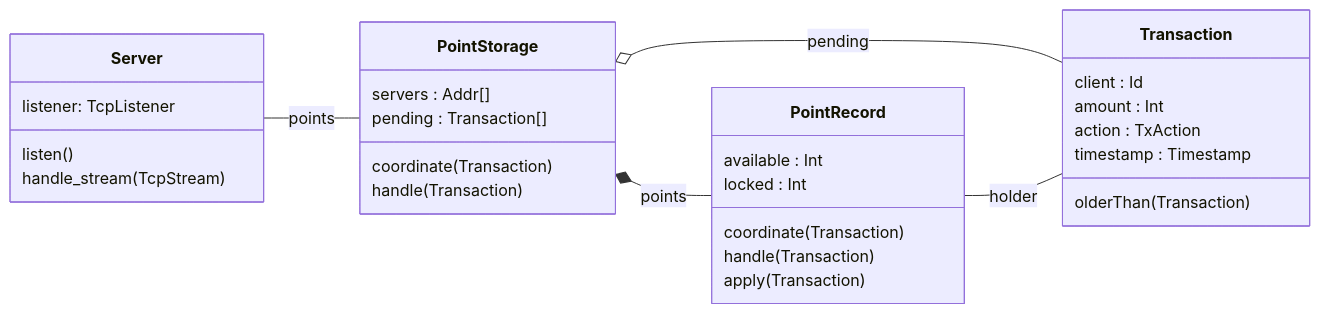
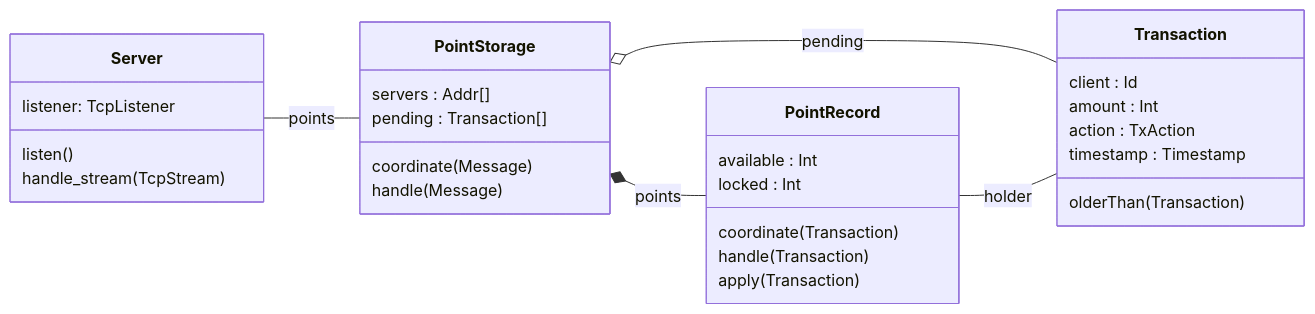
One commit to FacuMastri/concurrentes-tp2 changed the eighth of 11 diagrams in README.md. Above: the diagram before and after it, drawn with Mermaid. The commit also changed other lines of this file, not shown here.

````diff
--- a/README.md
+++ b/README.md
@@ -293,42 +295,42 @@
 ```mermaid
 
 classDiagram
   direction LR
 
   class Server {
     listener: TcpListener
 
     listen()
     handle_stream(TcpStream)
   }
   class PointStorage {
     servers : Addr[]
     pending : Transaction[]
 
-    coordinate(Transaction)
-    handle(Transaction)
+    coordinate(Message)
+    handle(Message)
   }
 
   class PointRecord {
     available : Int
     locked : Int
 
     coordinate(Transaction)
     handle(Transaction)
     apply(Transaction)
   }
   class Transaction {
     client : Id
     amount : Int
     action : TxAction
     timestamp : Timestamp
 
     olderThan(Transaction)
   }
 
   Server -- PointStorage : points
   PointStorage *-- PointRecord : points
   PointStorage o-- Transaction : pending
   PointRecord -- Transaction : holder
 
 ```
````
